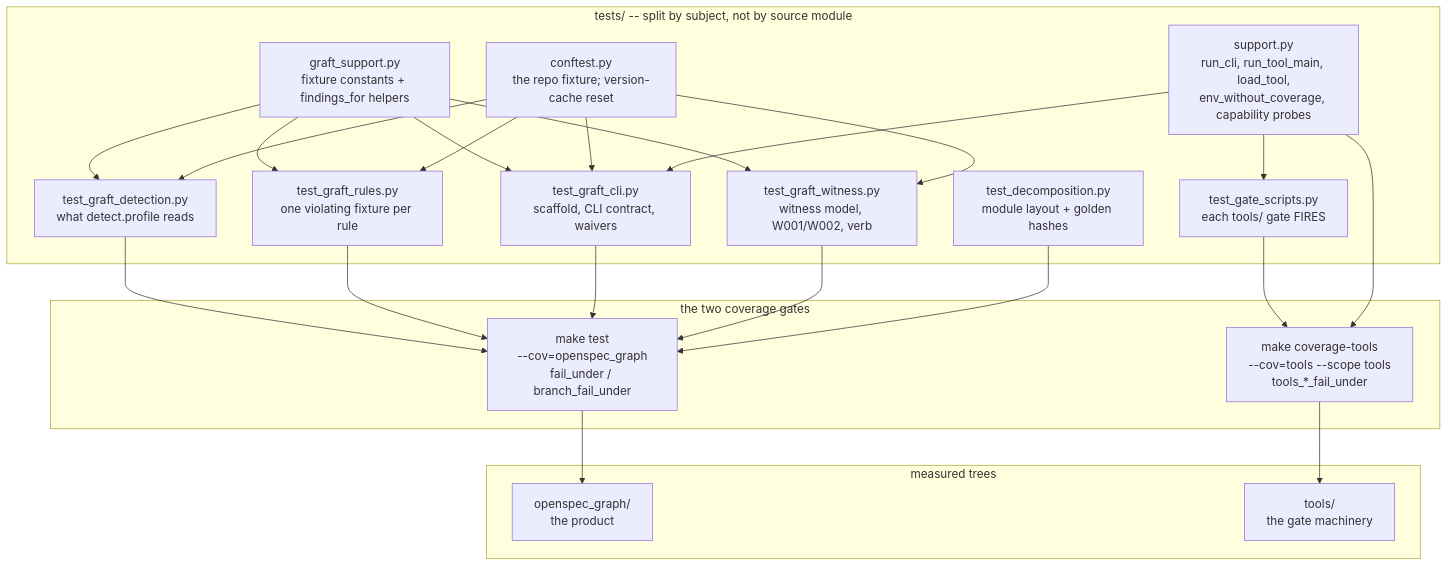
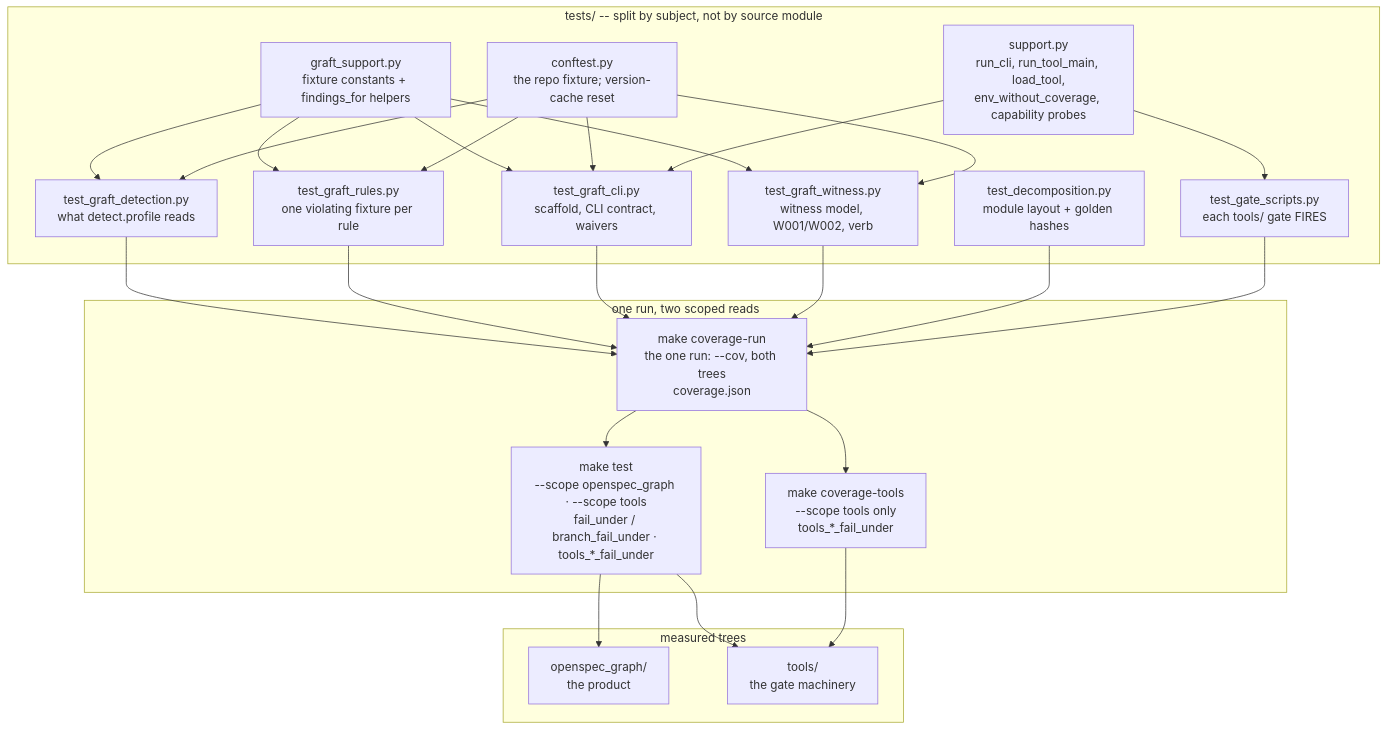
One commit to ianshank/planlint changed the fifth of 5 diagrams in docs/architecture/c4.md. Above: the diagram before and after it, drawn with Mermaid. The commit also changed other lines of this file and 17 other files, not shown here.

Commit message:
M2 — measure cheaper: one coverage run with both floors scoped, a per-file report, floors from the minimum leg (plan W7.2, W7.3, W7.1) (#41)

````diff
--- a/docs/architecture/c4.md
+++ b/docs/architecture/c4.md
@@ -202,30 +206,32 @@
 ```mermaid
 flowchart TD
     subgraph measured["measured trees"]
         pkg["openspec_graph/<br/>the product"]
         tools["tools/<br/>the gate machinery"]
     end
 
     subgraph suite["tests/ -- split by subject, not by source module"]
         support["support.py<br/>run_cli, run_tool_main, load_tool,<br/>env_without_coverage, capability probes"]
         graftsup["graft_support.py<br/>fixture constants + findings_for helpers"]
         conftest["conftest.py<br/>the repo fixture; version-cache reset"]
         detection["test_graft_detection.py<br/>what detect.profile reads"]
         rulestests["test_graft_rules.py<br/>one violating fixture per rule"]
         clitests["test_graft_cli.py<br/>scaffold, CLI contract, waivers"]
         witnesstests["test_graft_witness.py<br/>witness model, W001/W002, verb"]
         gatetests["test_gate_scripts.py<br/>each tools/ gate FIRES"]
         decomp["test_decomposition.py<br/>module layout + golden hashes"]
     end
 
-    subgraph gates["the two coverage gates"]
-        mktest["make test<br/>--cov=openspec_graph<br/>fail_under / branch_fail_under"]
-        mkcov["make coverage-tools<br/>--cov=tools --scope tools<br/>tools_*_fail_under"]
+    subgraph gates["one run, two scoped reads"]
+        covrun["make coverage-run<br/>the one run: --cov, both trees<br/>coverage.json"]
+        mktest["make test<br/>--scope openspec_graph · --scope tools<br/>fail_under / branch_fail_under · tools_*_fail_under"]
+        mkcov["make coverage-tools<br/>--scope tools only<br/>tools_*_fail_under"]
     end
 
     graftsup --> detection & rulestests & clitests & witnesstests
     conftest --> detection & rulestests & clitests & witnesstests
     support --> gatetests & clitests
-    detection & rulestests & clitests & witnesstests & decomp --> mktest --> pkg
-    gatetests & support --> mkcov --> tools
+    detection & rulestests & clitests & witnesstests & decomp & gatetests --> covrun
+    covrun --> mktest --> pkg & tools
+    covrun --> mkcov --> tools
 ```
````
